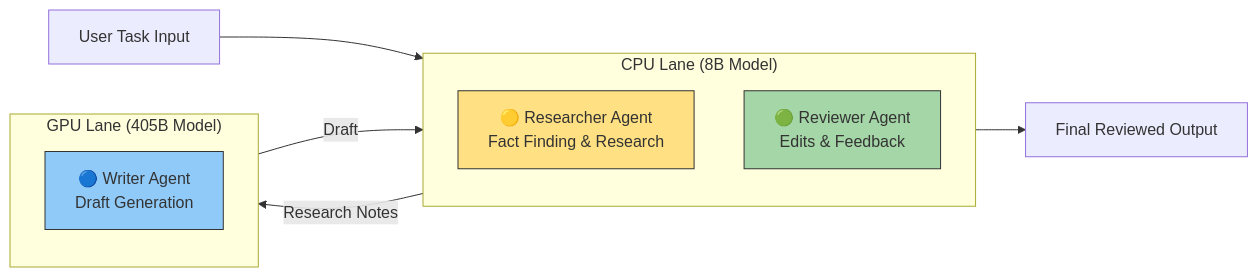
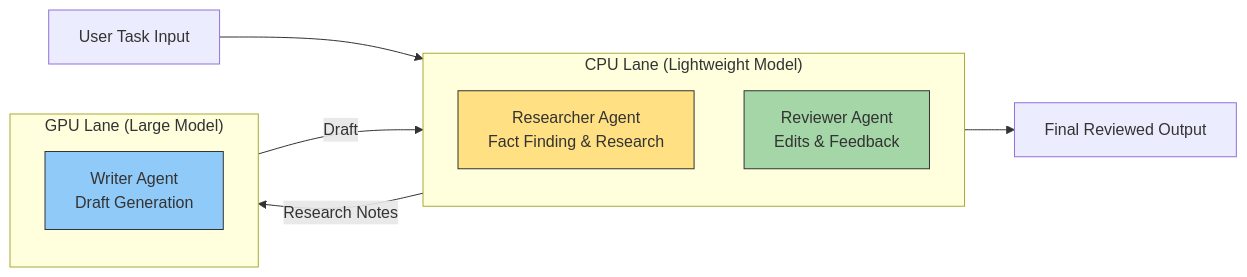
The diagram in benchmarks/cpu_binding/multi_agent_two_endpoints/README.md (intel-ai-tce/vllm), drawn with Mermaid before and after one commit. The commit also changed other lines of this file and 4 other files, not shown here.

````diff
--- a/benchmarks/cpu_binding/multi_agent_two_endpoints/README.md
+++ b/benchmarks/cpu_binding/multi_agent_two_endpoints/README.md
@@ -29,28 +31,28 @@
 ```mermaid
 flowchart LR
 
 User["User Task Input"]
 
-subgraph CPU_Lane["CPU Lane (8B Model)"]
+subgraph CPU_Lane["CPU Lane (Lightweight Model)"]
 direction TB
-Researcher["🟡 Researcher Agent
+Researcher["Researcher Agent
 Fact Finding & Research"]
-Reviewer["🟢 Reviewer Agent
+Reviewer["Reviewer Agent
 Edits & Feedback"]
 end
 
-subgraph GPU_Lane["GPU Lane (405B Model)"]
+subgraph GPU_Lane["GPU Lane (Large Model)"]
 direction TB
-Writer["🔵 Writer Agent
+Writer["Writer Agent
 Draft Generation"]
 end
 
 User --> Researcher
 Researcher -->|Research Notes| Writer
 Writer -->|Draft| Reviewer
 Reviewer --> Output["Final Reviewed Output"]
 
 style Researcher fill:#FFE082,stroke:#333
 style Writer fill:#90CAF9,stroke:#333
 style Reviewer fill:#A5D6A7,stroke:#333
 ```
````
